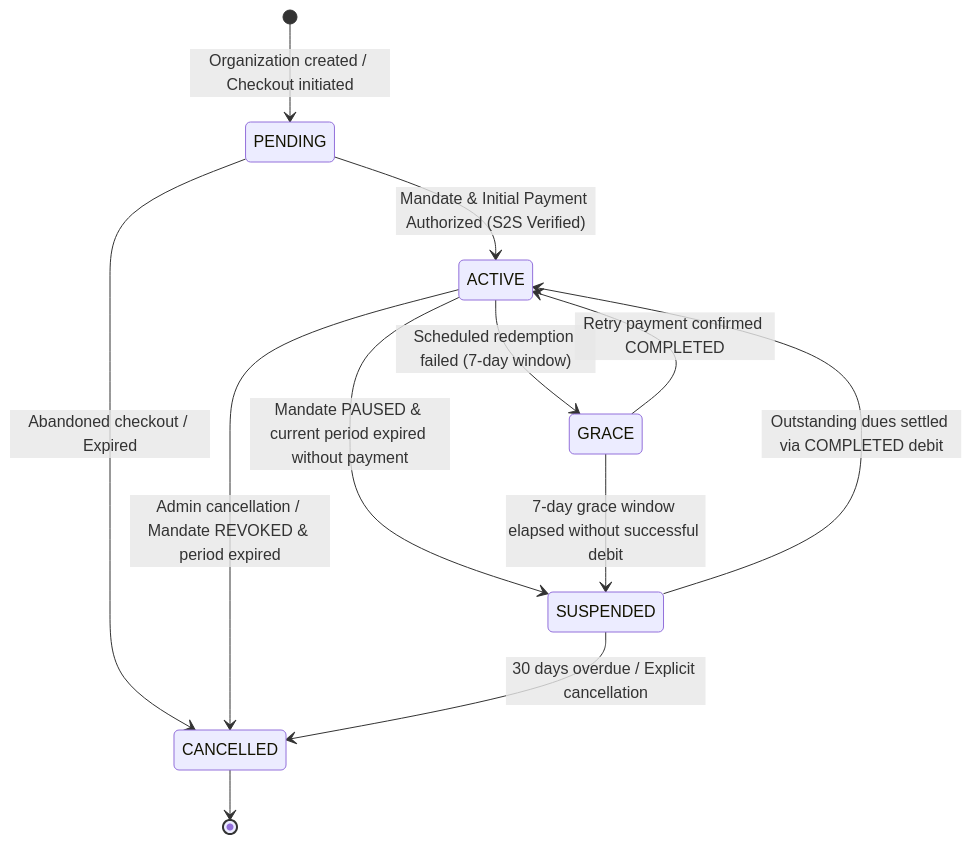
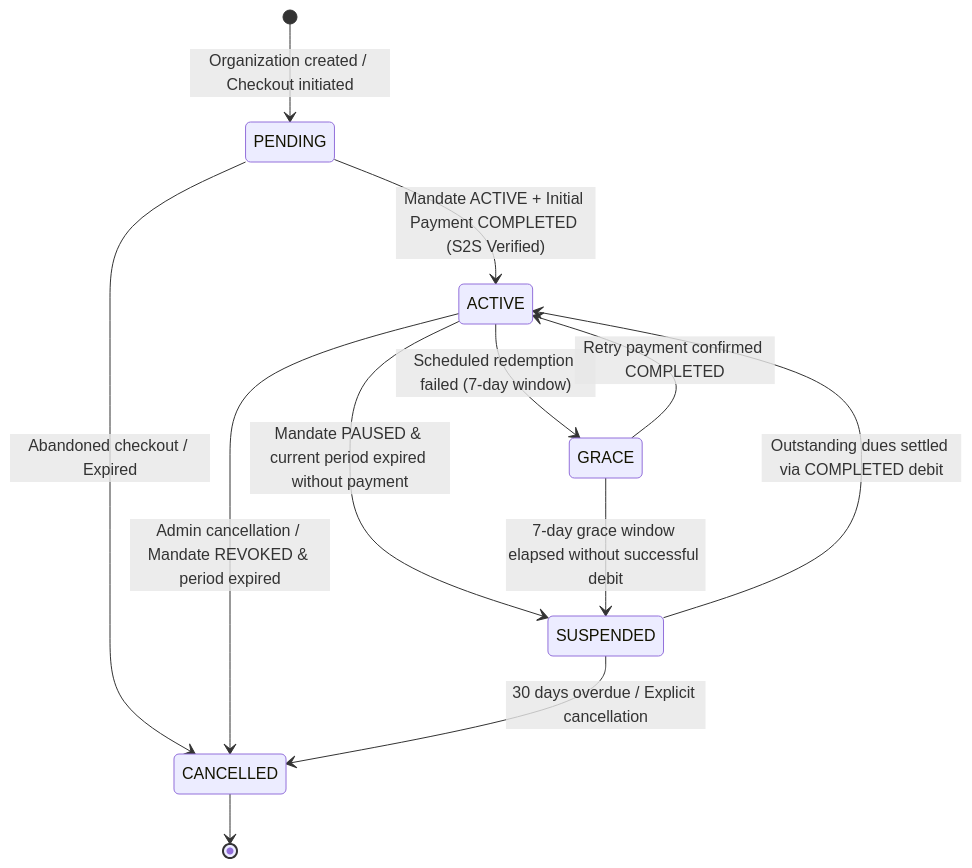
One commit to Glass-Entials/CRM-Glass-Entials changed the second of 7 diagrams in docs/PHONEPE_AUTOPAY_V2_PHASE_3_ARCHITECTURE.md. Above: the diagram before and after it, drawn with Mermaid. The commit also changed other lines of this file, not shown here.

Commit message:
docs(billing): finalize PhonePe AutoPay V2 phase 3 architecture

````diff
--- a/docs/PHONEPE_AUTOPAY_V2_PHASE_3_ARCHITECTURE.md
+++ b/docs/PHONEPE_AUTOPAY_V2_PHASE_3_ARCHITECTURE.md
@@ -337,18 +344,18 @@
 ```mermaid
 stateDiagram-v2
     [*] --> PENDING : Organization created / Checkout initiated
-    PENDING --> ACTIVE : Mandate & Initial Payment Authorized (S2S Verified)
+    PENDING --> ACTIVE : Mandate ACTIVE + Initial Payment COMPLETED (S2S Verified)
     PENDING --> CANCELLED : Abandoned checkout / Expired
     
     ACTIVE --> GRACE : Scheduled redemption failed (7-day window)
     ACTIVE --> SUSPENDED : Mandate PAUSED & current period expired without payment
     ACTIVE --> CANCELLED : Admin cancellation / Mandate REVOKED & period expired
     
     GRACE --> ACTIVE : Retry payment confirmed COMPLETED
     GRACE --> SUSPENDED : 7-day grace window elapsed without successful debit
     
     SUSPENDED --> ACTIVE : Outstanding dues settled via COMPLETED debit
     SUSPENDED --> CANCELLED : 30 days overdue / Explicit cancellation
     
     CANCELLED --> [*]
 ```
````
